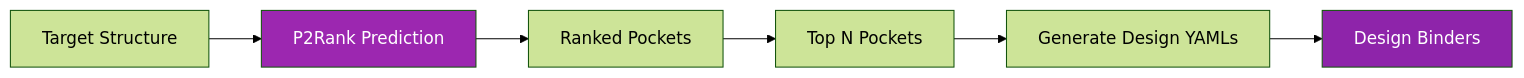
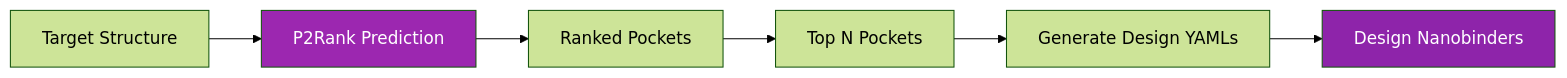
One commit to seqeralabs/nf-proteindesign changed the diagram in docs/modes/p2rank-mode.md. Above: the diagram before and after it, drawn with Mermaid (forest theme). The commit also changed other lines of this file and 3 other files, not shown here.

````diff
--- a/docs/modes/p2rank-mode.md
+++ b/docs/modes/p2rank-mode.md
@@ -15,11 +15,11 @@
 ```mermaid
 flowchart LR
     A[Target Structure] --> B[P2Rank Prediction]
     B --> C[Ranked Pockets]
     C --> D[Top N Pockets]
     D --> E[Generate Design YAMLs]
-    E --> F[Design Binders]
+    E --> F[Design Nanobinders]
     
     style B fill:#9C27B0,color:#fff
     style F fill:#8E24AA,color:#fff
 ```
````
